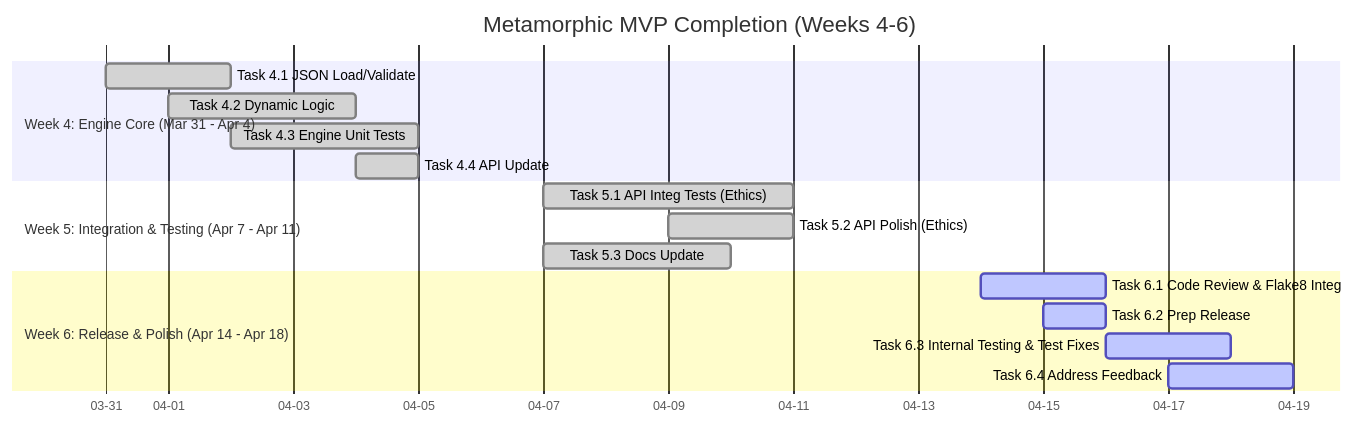
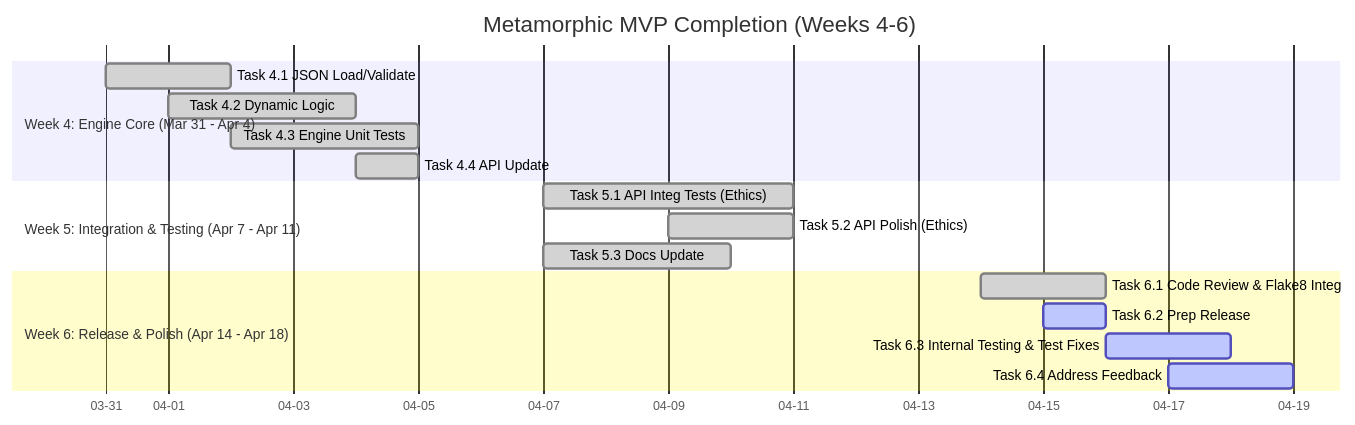
One commit to tomwolfe/metamorphic-core changed the diagram in ROADMAP.md. Above: the diagram before and after it, drawn with Mermaid. The commit also changed other lines of this file, not shown here.

````diff
--- a/ROADMAP.md
+++ b/ROADMAP.md
@@ -58,24 +58,24 @@
 ```mermaid
 gantt
     title Metamorphic MVP Completion (Weeks 4-6)
     dateFormat  YYYY-MM-DD
     axisFormat %m-%d
     todayMarker stroke-width:3px,stroke:#FF0000
 
     section Week 4: Engine Core (Mar 31 - Apr 4)
     Task 4.1 JSON Load/Validate :done, 2025-03-31, 2d
     Task 4.2 Dynamic Logic      :done, 2025-04-01, 3d
     Task 4.3 Engine Unit Tests  :done, 2025-04-02, 3d
     Task 4.4 API Update         :done, 2025-04-04, 1d
 
     section Week 5: Integration & Testing (Apr 7 - Apr 11)
     Task 5.1 API Integ Tests (Ethics) :done, 2025-04-07, 4d
     Task 5.2 API Polish (Ethics)      :done, 2025-04-09, 2d
     Task 5.3 Docs Update              :done, 2025-04-07, 3d
 
     section Week 6: Release & Polish (Apr 14 - Apr 18)
-    Task 6.1 Code Review & Flake8 Integ :active, 2025-04-14, 2d
+    Task 6.1 Code Review & Flake8 Integ :done, 2025-04-14, 2d
     Task 6.2 Prep Release               :active, 2025-04-15, 1d
     Task 6.3 Internal Testing & Test Fixes:active, 2025-04-16, 2d
     Task 6.4 Address Feedback           :active, 2025-04-17, 2d
 ```
````
